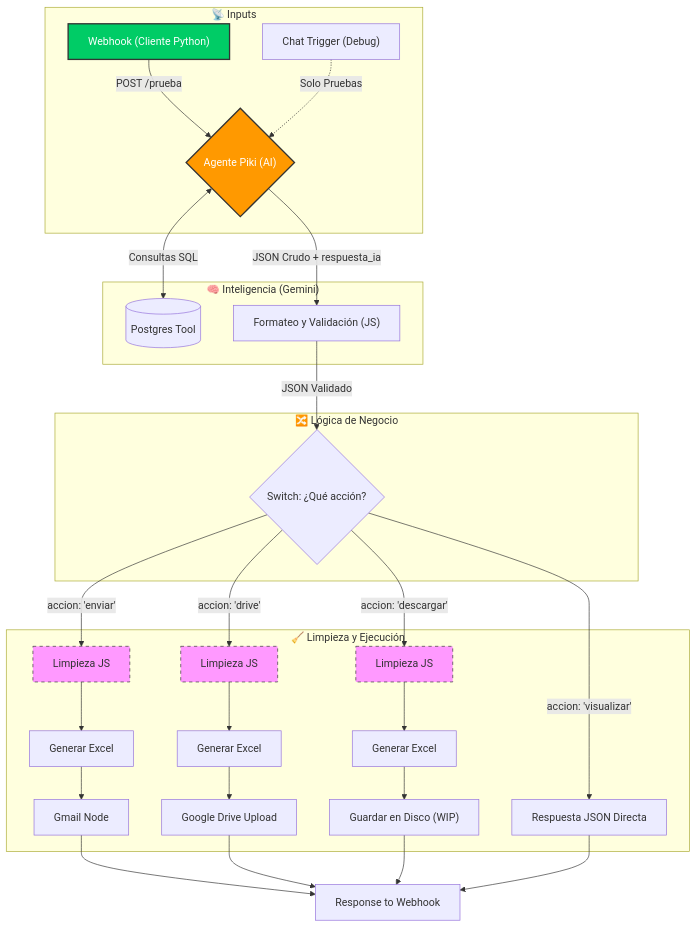
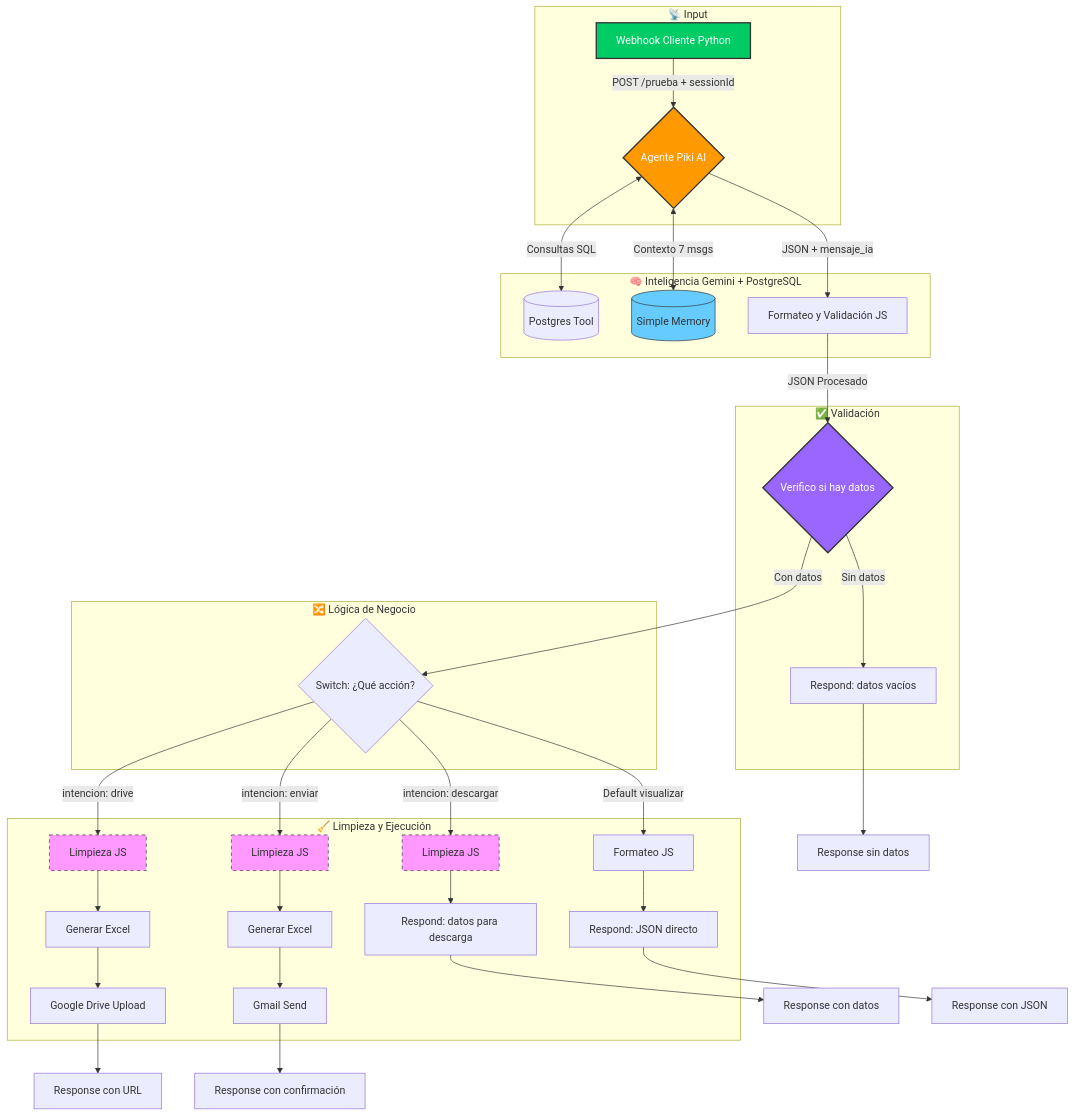
One commit to trackingenvios6/tracking-envios changed the diagram in workflows/README.md. Above: the diagram before and after it, drawn with Mermaid. The commit also changed other lines of this file and 3 other files, not shown here.

````diff
--- a/workflows/README.md
+++ b/workflows/README.md
@@ -26,47 +31,57 @@
 ```mermaid
 graph TD
     %% Nodos de Entrada
-    subgraph Entrada ["📡 Inputs"]
-        A["Webhook (Cliente Python)"] -->|POST /prueba| C{"Agente Piki (AI)"}
-        B["Chat Trigger (Debug)"] -.->|Solo Pruebas| C
+    subgraph Entrada ["📡 Input"]
+        A["Webhook Cliente Python"] -->|POST /prueba + sessionId| C{"Agente Piki AI"}
     end
 
     %% El Cerebro
-    subgraph Cerebro ["🧠 Inteligencia (Gemini)"]
+    subgraph Cerebro ["🧠 Inteligencia Gemini + PostgreSQL"]
         C <-->|Consultas SQL| D[("Postgres Tool")]
-        C -->|JSON Crudo + respuesta_ia| E["Formateo y Validación (JS)"]
+        C <-->|Contexto 7 msgs| M[("Simple Memory")]
+        C -->|JSON + mensaje_ia| E["Formateo y Validación JS"]
+    end
+
+    %% Validación
+    subgraph Validacion ["✅ Validación"]
+        E -->|JSON Procesado| V{"Verifico si hay datos"}
+        V -->|Sin datos| R1["Respond: datos vacíos"]
     end
 
     %% Lógica de Negocio
     subgraph Enrutamiento ["🔀 Lógica de Negocio"]
-        E -->|JSON Validado| F{"Switch: ¿Qué acción?"}
+        V -->|Con datos| F{"Switch: ¿Qué acción?"}
     end
 
     %% Ramas de Salida y Limpieza
     subgraph Procesamiento ["🧹 Limpieza y Ejecución"]
-        F -->|accion: 'enviar'| G1["Limpieza JS"]
-        G1 --> G2["Generar Excel"] --> G3["Gmail Node"]
+        F -->|intencion: drive| G1["Limpieza JS"]
+        G1 --> G2["Generar Excel"] --> G3["Google Drive Upload"]
 
-        F -->|accion: 'drive'| H1["Limpieza JS"]
-        H1 --> H2["Generar Excel"] --> H3["Google Drive Upload"]
+        F -->|intencion: enviar| H1["Limpieza JS"]
+        H1 --> H2["Generar Excel"] --> H3["Gmail Send"]
 
-        F -->|accion: 'descargar'| I1["Limpieza JS"]
-        I1 --> I2["Generar Excel"] --> I3["Guardar en Disco (WIP)"]
+        F -->|intencion: descargar| I1["Limpieza JS"]
+        I1 --> I3["Respond: datos para descarga"]
 
-        F -->|accion: 'visualizar'| J["Respuesta JSON Directa"]
+        F -->|Default visualizar| J1["Formateo JS"]
+        J1 --> J["Respond: JSON directo"]
     end
 
     %% Respuesta Final
-    G3 --> K["Response to Webhook"]
-    H3 --> K
-    I3 --> K
-    J --> K
+    G3 --> K["Response con URL"]
+    H3 --> K2["Response con confirmación"]
+    I3 --> K3["Response con datos"]
+    J --> K4["Response con JSON"]
+    R1 --> K5["Response sin datos"]
 
     %% Estilos
     style C fill:#ff9900,stroke:#333,stroke-width:2px,color:white
     style A fill:#00cc66,stroke:#333,stroke-width:2px,color:white
+    style V fill:#9966ff,stroke:#333,stroke-width:2px,color:white
+    style M fill:#66ccff,stroke:#333,stroke-width:1px
     style G1 fill:#f9f,stroke:#333,stroke-width:1px,stroke-dasharray: 5 5
     style H1 fill:#f9f,stroke:#333,stroke-width:1px,stroke-dasharray: 5 5
     style I1 fill:#f9f,stroke:#333,stroke-width:1px,stroke-dasharray: 5 5
 
 ```
````
